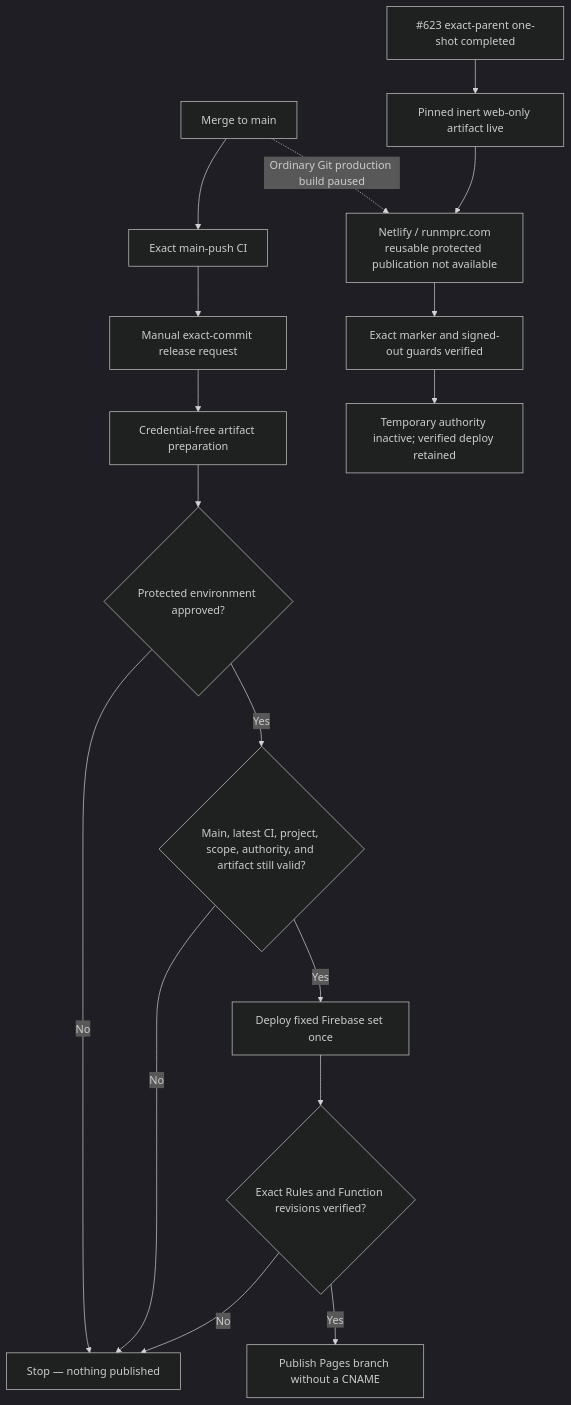
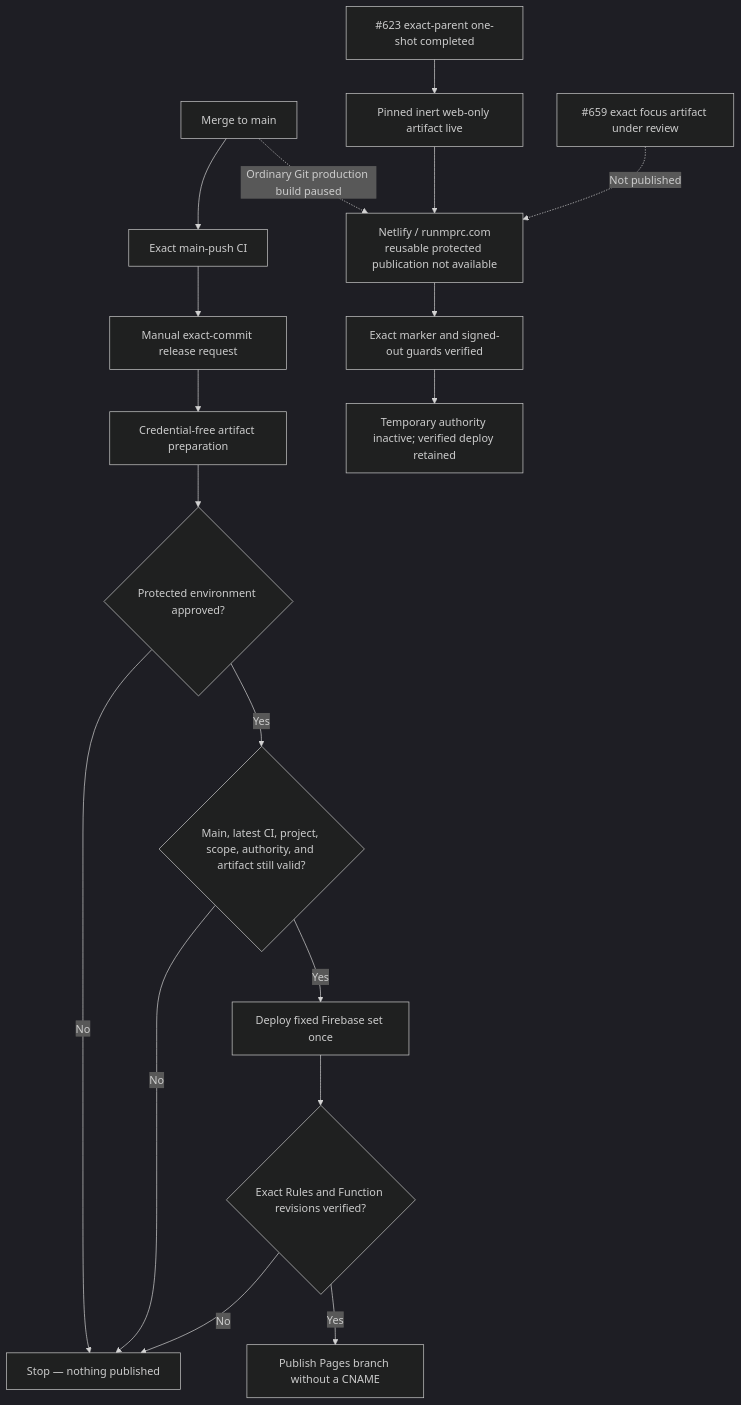
The second of 52 diagrams in SYSTEM_DESIGN.md (Run-MPRC/Run-MPRC.github.io), drawn with Mermaid (dark theme) before and after one commit. The commit also changed other lines of this file and 10 other files, not shown here.

````diff
--- a/SYSTEM_DESIGN.md
+++ b/SYSTEM_DESIGN.md
@@ -98,19 +100,20 @@
 ```mermaid
 flowchart TD
     Merge["Merge to main"] --> CI["Exact main-push CI"]
     CI --> Request["Manual exact-commit release request"]
     Request --> Prepare["Credential-free artifact preparation"]
     Prepare --> Approval{"Protected environment approved?"}
     Approval -- "No" --> Stop["Stop — nothing published"]
     Approval -- "Yes" --> Recheck{"Main, latest CI, project, scope, authority, and artifact still valid?"}
     Recheck -- "No" --> Stop
     Recheck -- "Yes" --> Backend["Deploy fixed Firebase set once"]
     Backend --> Verify{"Exact Rules and Function revisions verified?"}
     Verify -- "No" --> Stop
     Verify -- "Yes" --> Pages["Publish Pages branch without a CNAME"]
     Merge -. "Ordinary Git production build paused" .-> Netlify["Netlify / runmprc.com\nreusable protected publication not available"]
     Completed["#623 exact-parent one-shot completed"] --> WebOnly["Pinned inert web-only artifact live"]
     WebOnly --> Netlify
     Netlify --> WebReadback["Exact marker and signed-out guards verified"]
     WebReadback --> WebRepause["Temporary authority inactive; verified deploy retained"]
+    Pending["#659 exact focus artifact under review"] -. "Not published" .-> Netlify
 ```
````
